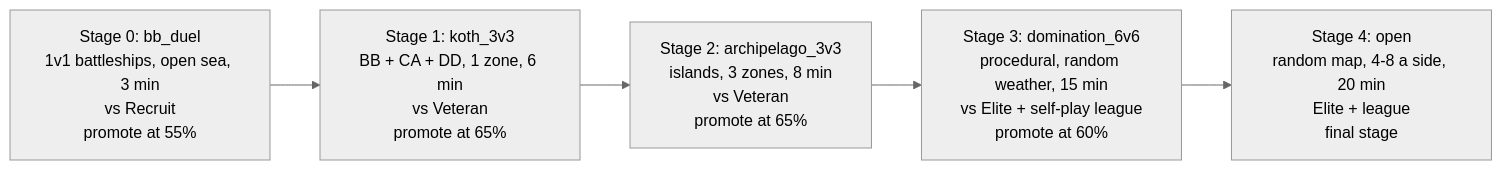
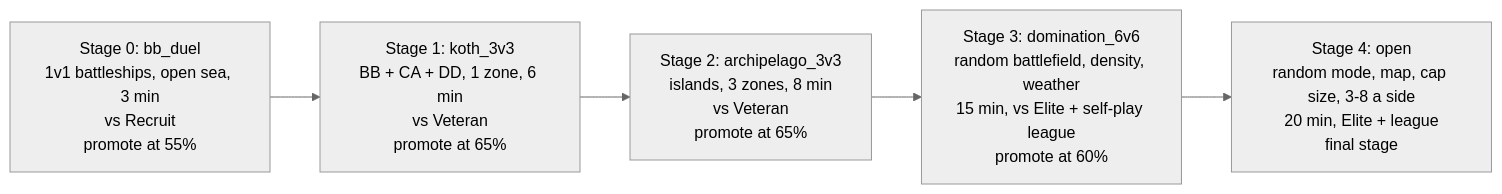
Diagram 11 of 14 in RL_README.md (UTS-WOW/WOW-Simulation), drawn with Mermaid (neutral theme) before and after one commit. The commit also changed other lines of this file and 41 other files, not shown here.

````diff
--- a/RL_README.md
+++ b/RL_README.md
@@ -849,7 +893,7 @@
 ```mermaid
 flowchart LR
     S0["Stage 0: bb_duel<br/>1v1 battleships, open sea, 3 min<br/>vs Recruit<br/>promote at 55%"] --> S1["Stage 1: koth_3v3<br/>BB + CA + DD, 1 zone, 6 min<br/>vs Veteran<br/>promote at 65%"]
     S1 --> S2["Stage 2: archipelago_3v3<br/>islands, 3 zones, 8 min<br/>vs Veteran<br/>promote at 65%"]
-    S2 --> S3["Stage 3: domination_6v6<br/>procedural, random weather, 15 min<br/>vs Elite + self-play league<br/>promote at 60%"]
-    S3 --> S4["Stage 4: open<br/>random map, 4-8 a side, 20 min<br/>Elite + league<br/>final stage"]
+    S2 --> S3["Stage 3: domination_6v6<br/>random battlefield, density, weather<br/>15 min, vs Elite + self-play league<br/>promote at 60%"]
+    S3 --> S4["Stage 4: open<br/>random mode, map, cap size, 3-8 a side<br/>20 min, Elite + league<br/>final stage"]
 ```
````
